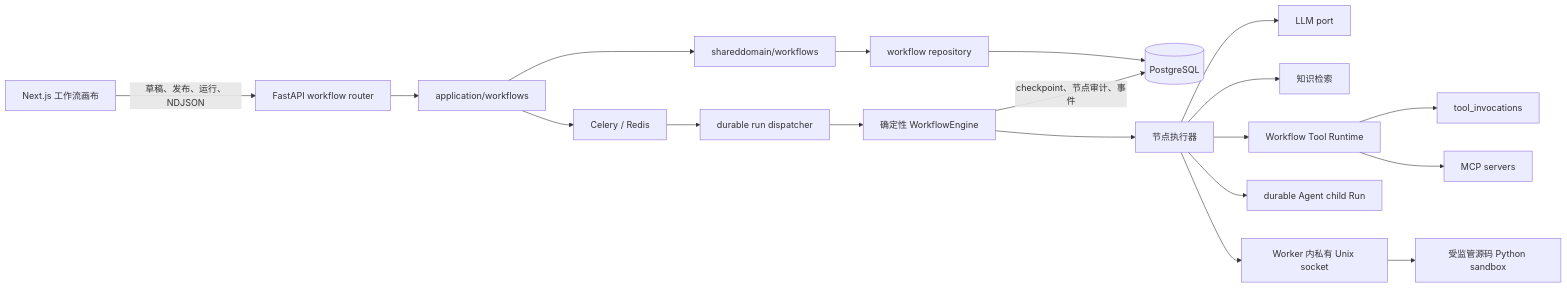
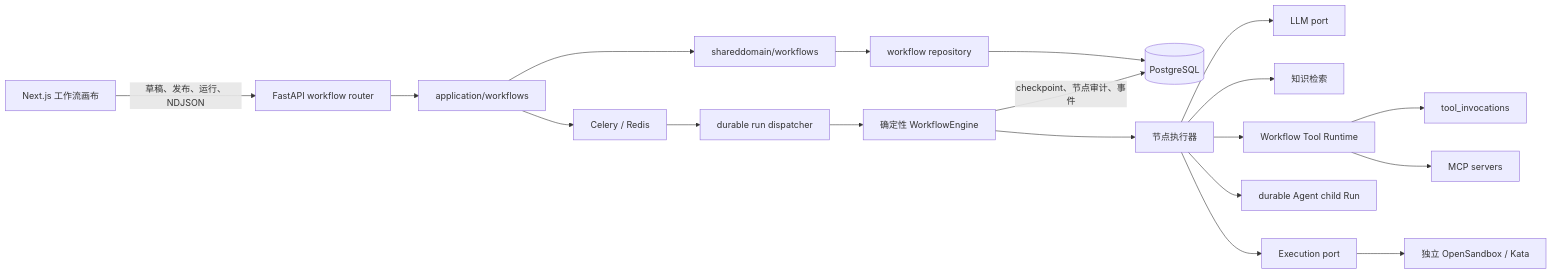
The first of 3 diagrams in docs/WORKFLOW_DESIGN.md (IQZZ020501/NexaFlow), drawn with Mermaid before and after one commit. The commit also changed other lines of this file and 101 other files, not shown here.

Commit message:
refactor(execution): migrate workloads to OpenSandbox

````diff
--- a/docs/WORKFLOW_DESIGN.md
+++ b/docs/WORKFLOW_DESIGN.md
@@ -37,22 +37,22 @@
 ```mermaid
 flowchart LR
     UI["Next.js 工作流画布"] -->|"草稿、发布、运行、NDJSON"| API["FastAPI workflow router"]
     API --> APP["application/workflows"]
     APP --> DOMAIN["shareddomain/workflows"]
     DOMAIN --> REPO["workflow repository"]
     REPO --> PG[("PostgreSQL")]
 
     APP --> QUEUE["Celery / Redis"]
     QUEUE --> DISPATCH["durable run dispatcher"]
     DISPATCH --> ENGINE["确定性 WorkflowEngine"]
     ENGINE --> NODES["节点执行器"]
     NODES --> LLM["LLM port"]
     NODES --> KB["知识检索"]
     NODES --> TOOL["Workflow Tool Runtime"]
     TOOL --> LEDGER["tool_invocations"]
     TOOL --> MCP["MCP servers"]
     NODES --> CHILD["durable Agent child Run"]
-    NODES --> SOCKET["Worker 内私有 Unix socket"]
-    SOCKET --> SANDBOX["受监管源码 Python sandbox"]
+    NODES --> EXECUTION["Execution port"]
+    EXECUTION --> SANDBOX["独立 OpenSandbox / Kata"]
     ENGINE -->|"checkpoint、节点审计、事件"| PG
 ```
````
